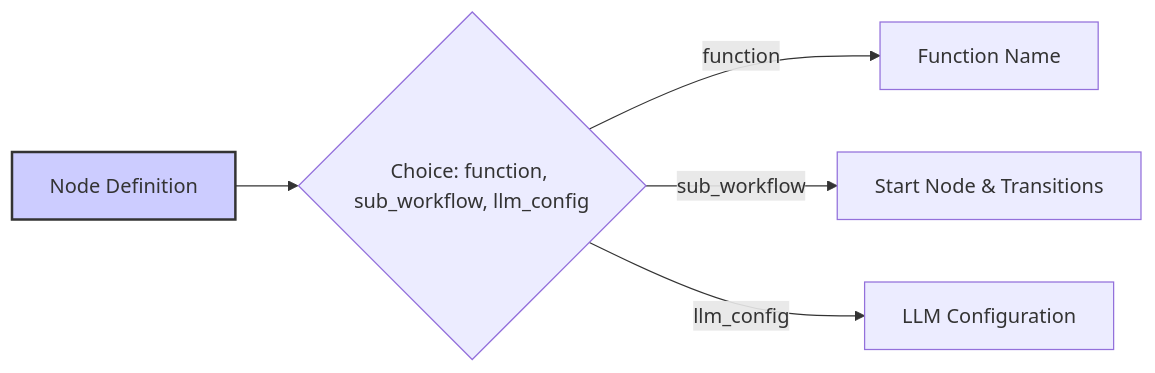
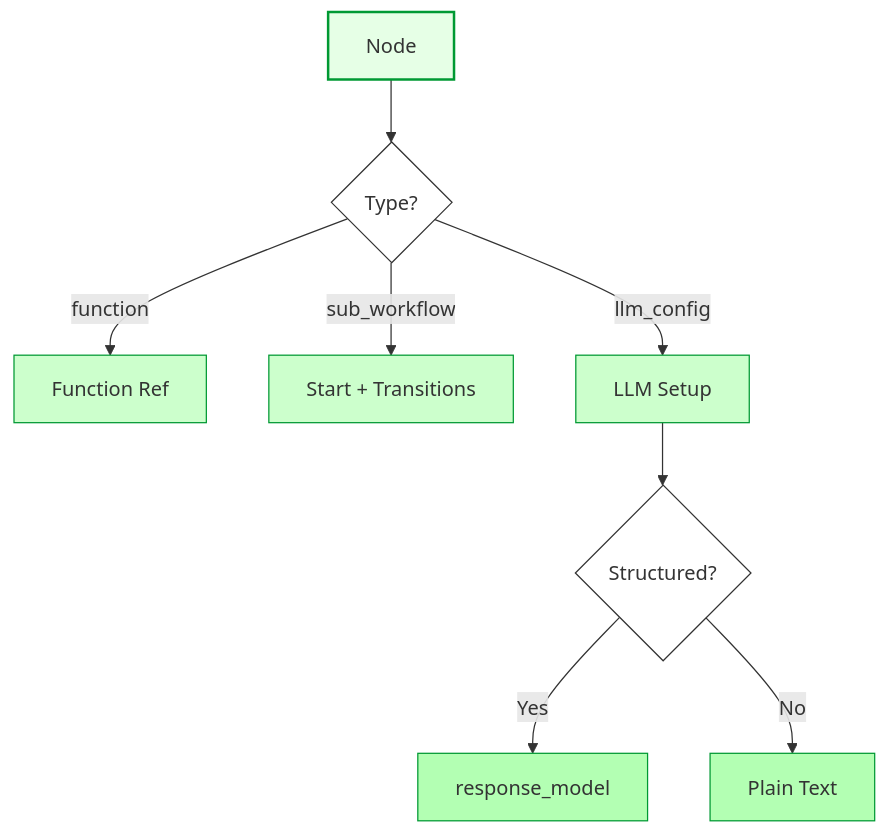
Before and after one commit to quantalogic/quantalogic: the third of 6 diagrams in quantalogic/flow/flow_yaml.md, drawn with Mermaid. The commit also changed other lines of this file, not shown here.

````diff
--- a/quantalogic/flow/flow_yaml.md
+++ b/quantalogic/flow/flow_yaml.md
@@ -207,8 +201,18 @@
 ```mermaid
-graph LR
-    A[Node Definition] --> B{Choice: function, sub_workflow, llm_config};
-    B -- function --> C[Function Name];
-    B -- sub_workflow --> D[Start Node & Transitions];
-    B -- llm_config --> E[LLM Configuration];
-    style A fill:#ccf,stroke:#333,stroke-width:2px
+graph TD
+    A[Node] --> B{Type?}
+    B -->|function| C[Function Ref]
+    B -->|sub_workflow| D[Start + Transitions]
+    B -->|llm_config| E[LLM Setup]
+    E --> F{Structured?}
+    F -->|Yes| G[response_model]
+    F -->|No| H[Plain Text]
+    style A fill:#e6ffe6,stroke:#009933,stroke-width:2px
+    style B fill:#fff,stroke:#333
+    style C fill:#ccffcc,stroke:#009933
+    style D fill:#ccffcc,stroke:#009933
+    style E fill:#ccffcc,stroke:#009933
+    style F fill:#fff,stroke:#333
+    style G fill:#b3ffb3,stroke:#009933
+    style H fill:#b3ffb3,stroke:#009933
 ```
````
